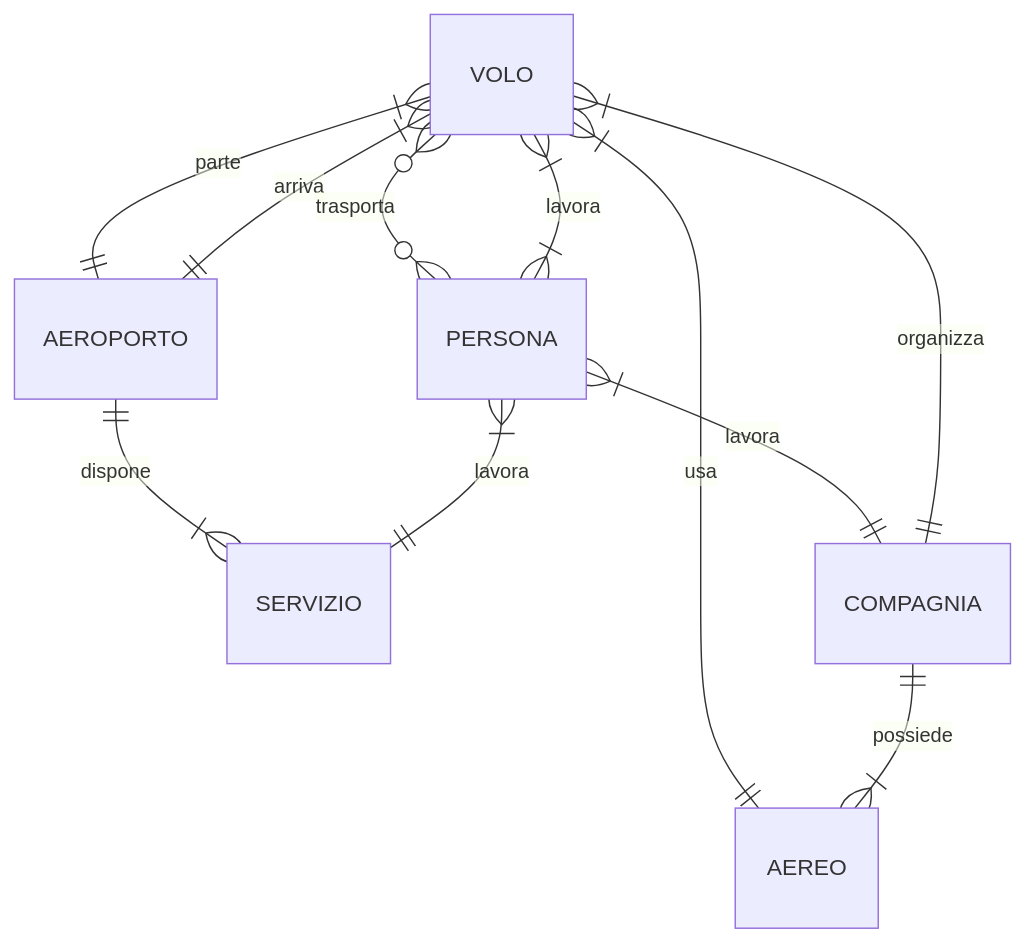
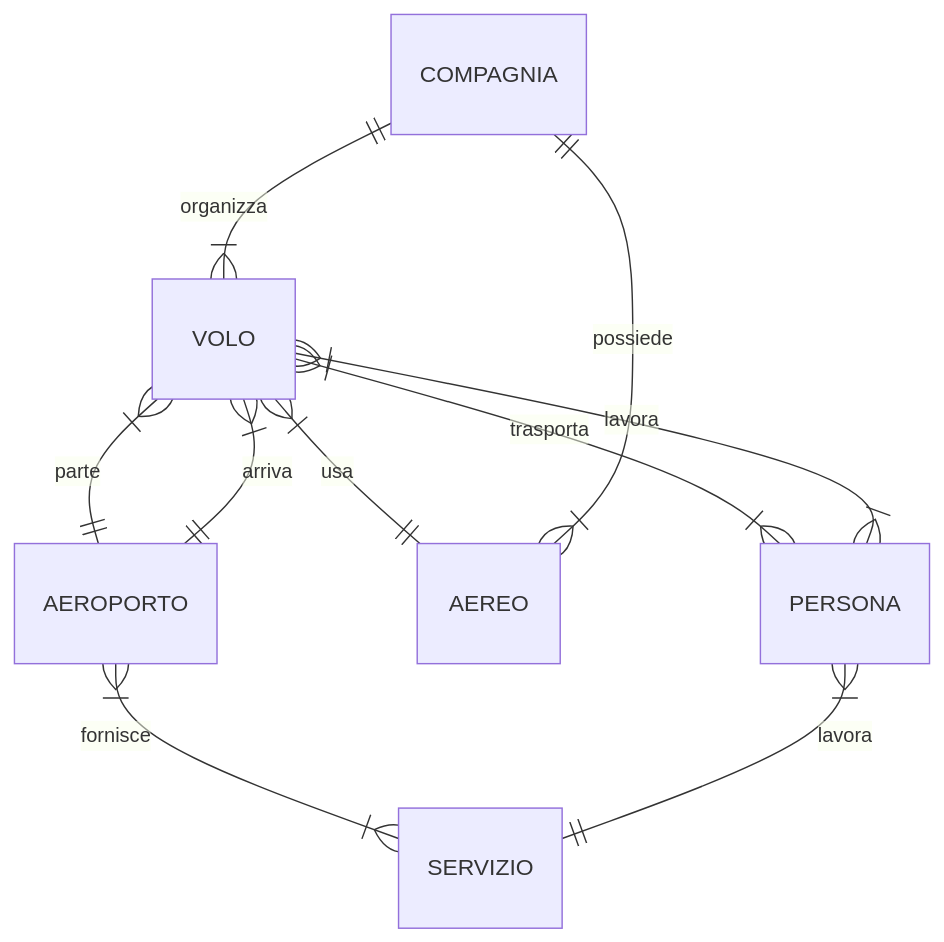
The first of 6 diagrams in RELAZIONE.md (Diebbo/aereodb), drawn with Mermaid before and after one commit. The commit also changed other lines of this file, not shown here.

````diff
--- a/RELAZIONE.md
+++ b/RELAZIONE.md
@@ -192,13 +193,12 @@
 ```mermaid
 erDiagram
-    AEROPORTO ||--|{ SERVIZIO: "dispone"
+    AEROPORTO }|--|{ SERVIZIO: "fornisce"
     VOLO }|--|| AEROPORTO: "parte"
     VOLO }|--|| AEROPORTO: "arriva"
     VOLO }|--|| AEREO: "usa"
-    VOLO }o--o{ PERSONA: "trasporta"
+    VOLO }|--|{ PERSONA: "trasporta"
+    COMPAGNIA ||--|{ VOLO: "organizza"
     COMPAGNIA ||--|{ AEREO: "possiede" 
-    COMPAGNIA ||--|{ VOLO: "organizza"
     PERSONA }|--|{ VOLO: "lavora"
-    PERSONA }|--|| COMPAGNIA: "lavora"
     PERSONA }|--|| SERVIZIO: "lavora"
 ```
````
